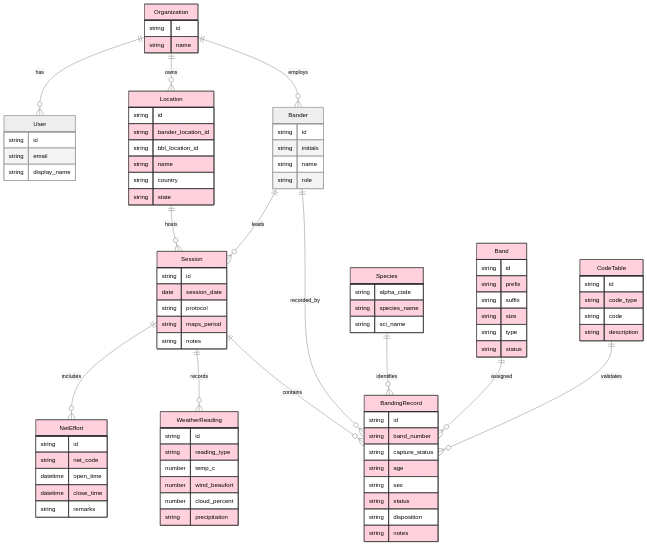
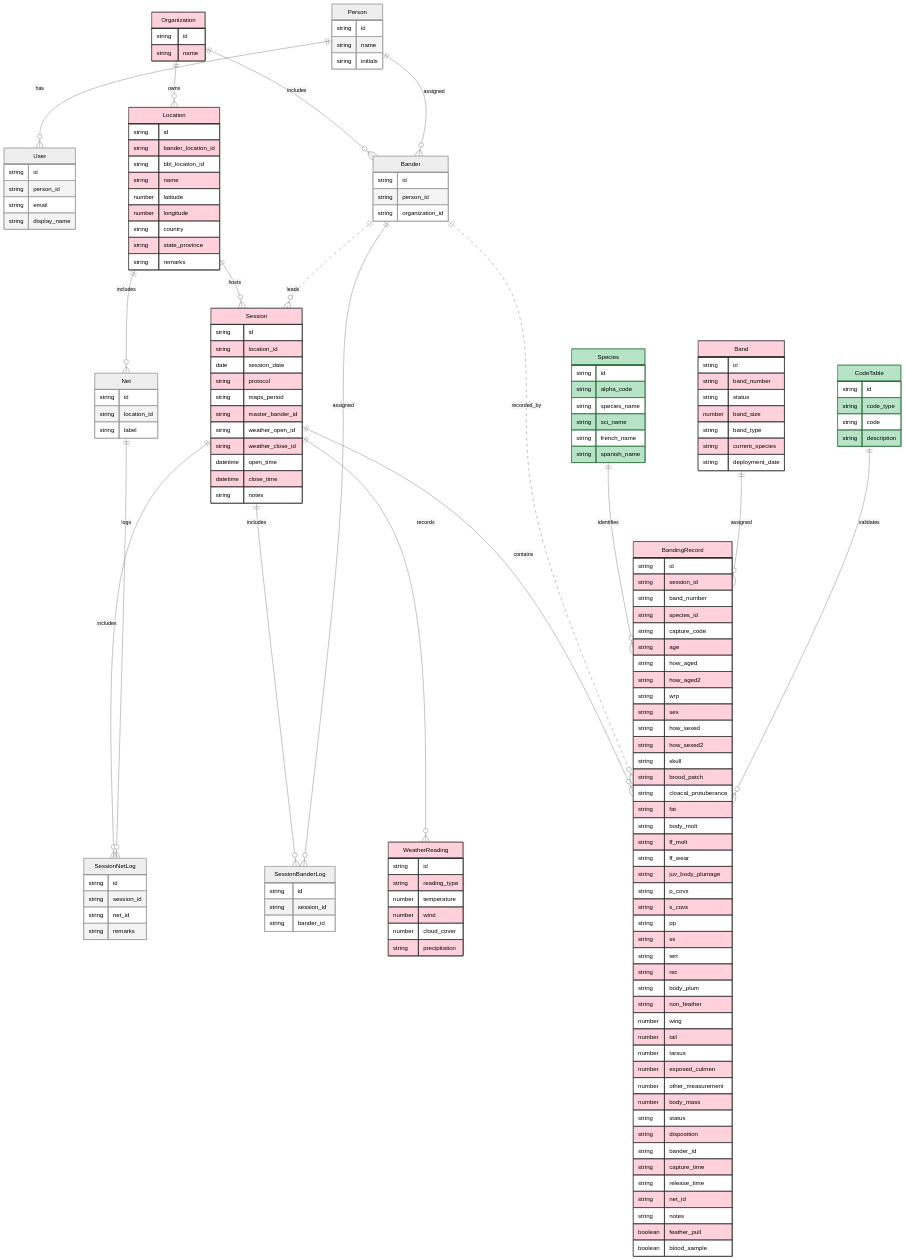
One commit to kenshih/birdnerd changed the diagram in docs/entities.md. Above: the diagram before and after it, drawn with Mermaid (neutral theme).

Commit message:
updated entity model before plan and specification updates

````diff
--- a/docs/entities.md
+++ b/docs/entities.md
@@ -7,17 +7,23 @@
         string name
     }
 
+    Person {
+        string id
+        string name
+        string initials
+    }
+
     User {
         string id
+        string person_id
         string email
         string display_name
     }
 
     Bander {
         string id
-        string initials
-        string name
-        string role
+        string person_id
+        string organization_id
     }
 
     Location {
@@ -25,59 +31,118 @@
         string bander_location_id
         string bbl_location_id
         string name
+        number latitude
+        number longitude
         string country
-        string state
+        string state_province
+        string remarks
     }
 
     Session {
         string id
+        string location_id
         date session_date
         string protocol
         string maps_period
+        string master_bander_id
+        string weather_open_id
+        string weather_close_id
+        datetime open_time
+        datetime close_time
         string notes
     }
 
-    NetEffort {
+    Net {
         string id
-        string net_code
-        datetime open_time
-        datetime close_time
+        string location_id
+        string label
+    }
+
+    SessionNetLog {
+        string id
+        string session_id
+        string net_id
         string remarks
+    }
+
+    SessionBanderLog {
+        string id
+        string session_id
+        string bander_id
     }
 
     WeatherReading {
         string id
         string reading_type
-        number temp_c
-        number wind_beaufort
-        number cloud_percent
+        number temperature
+        number wind
+        number cloud_cover
         string precipitation
     }
 
     Species {
+        string id
         string alpha_code
         string species_name
         string sci_name
+        string french_name
+        string spanish_name
     }
 
     BandingRecord {
         string id
+        string session_id
         string band_number
-        string capture_status
+        string species_id
+        string capture_code
         string age
+        string how_aged
+        string how_aged2
+        string wrp
         string sex
+        string how_sexed
+        string how_sexed2
+        string skull
+        string brood_patch
+        string cloacal_protuberance
+        string fat
+        string body_molt
+        string ff_molt
+        string ff_wear
+        string juv_body_plumage
+        string p_covs
+        string s_covs
+        string pp
+        string ss
+        string tert
+        string rec
+        string body_plum
+        string non_feather
+        number wing
+        number tail
+        number tarsus
+        number exposed_culmen
+        number other_measurement
+        number body_mass
         string status
         string disposition
+        string bander_id
+        string capture_time
+        string release_time
+        string net_id
         string notes
+        boolean feather_pull
+        boolean blood_sample
     }
 
     Band {
         string id
-        string prefix
-        string suffix
-        string size
-        string type
+        string band_number
         string status
+        number band_size
+        string band_type
+        string current_species
+        string deployment_date
     }
 
     CodeTable {
@@ -87,17 +152,24 @@
         string description
     }
 
-    Organization ||--o{ User : has
     Organization ||--o{ Location : owns
-    Organization ||--o{ Bander : employs
+    Organization ||--o{ Bander : includes
+    Person ||--o{ Bander : assigned
+    Person ||--o{ User : has
 
+    Location ||--o{ Net : includes
     Location ||--o{ Session : hosts
-    Session ||--o{ NetEffort : includes
+    Session ||--o{ SessionNetLog : includes
+    Session ||--o{ SessionBanderLog : includes
     Session ||--o{ WeatherReading : records
     Session ||--o{ BandingRecord : contains
 
-    Bander ||--o{ Session : leads
-    Bander ||--o{ BandingRecord : recorded_by
+    Net ||--o{ SessionNetLog : logs
+
+    Bander ||--o{ SessionBanderLog : assigned
+
+    Bander ||..o{ Session : leads
+    Bander ||..o{ BandingRecord : recorded_by
 
     Species ||--o{ BandingRecord : identifies
     Band ||--o{ BandingRecord : assigned
@@ -105,5 +177,7 @@
     CodeTable ||--o{ BandingRecord : validates
 
     classDef entitySpec fill:#ffd1dc,stroke:#333,stroke-width:1px,color:#000
-    class Organization,Location,Session,NetEffort,WeatherReading,Band,BandingRecord,Species,CodeTable entitySpec
+    classDef referenceData fill:#b7e4c7,stroke:#2f6f3e,stroke-width:1px,color:#000
+    class Organization,Location,Session,WeatherReading,Band,BandingRecord entitySpec
+    class Species,CodeTable referenceData
 ```
````
